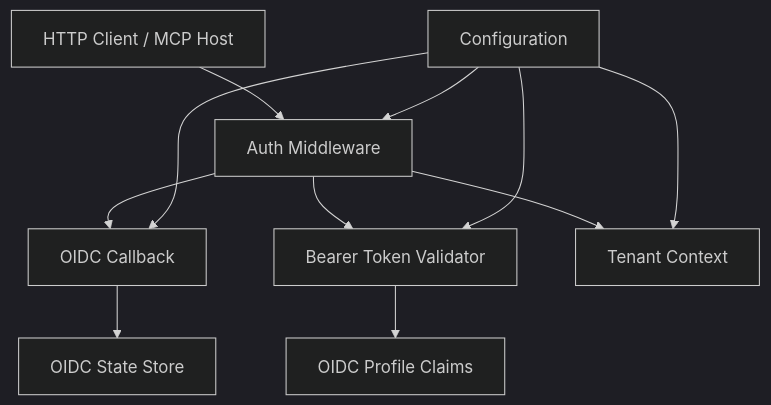
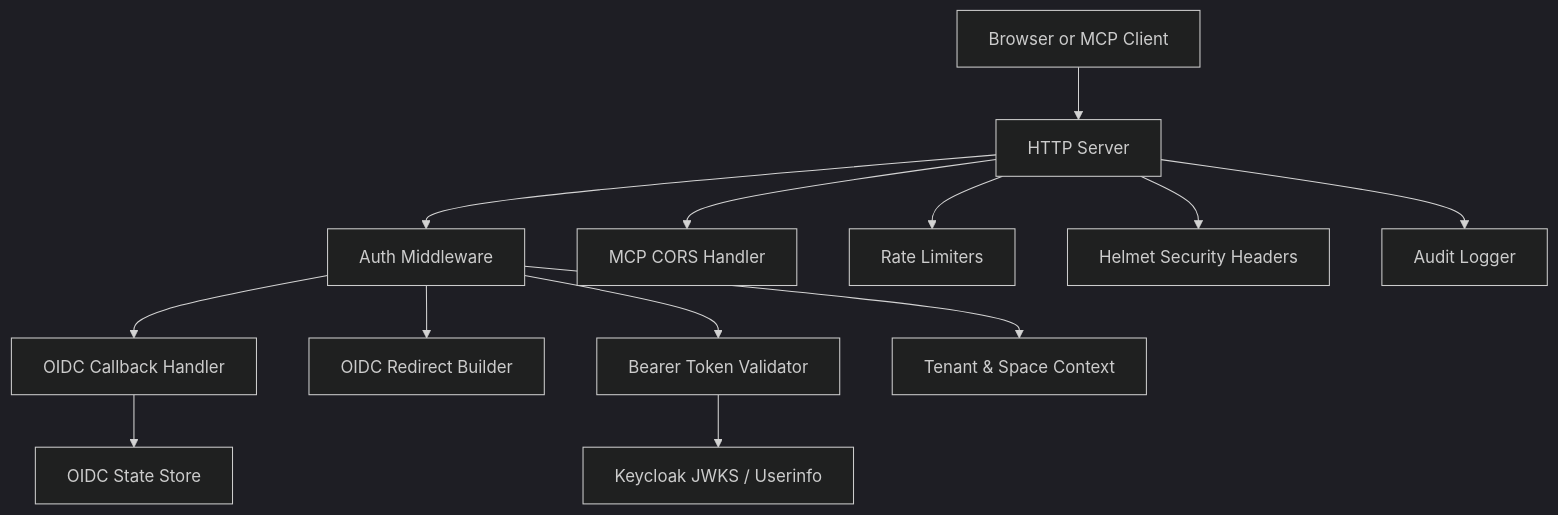
One commit to SquadRules/mcp changed the first of 9 diagrams in .qoder/repowiki/en/content/Authentication & Security.md. Above: the diagram before and after it, drawn with Mermaid (dark theme). The commit also changed other lines of this file and 602 other files, not shown here.

````diff
--- a/.qoder/repowiki/en/content/Authentication & Security.md
+++ b/.qoder/repowiki/en/content/Authentication & Security.md
@@ -38,13 +42,15 @@
 ```mermaid
 graph TB
-Client["HTTP Client / MCP Host"] --> Middleware["Auth Middleware"]
-Middleware --> Callback["OIDC Callback"]
-Middleware --> Validate["Bearer Token Validator"]
+Browser["Browser or MCP Client"] --> API["HTTP Server"]
+API --> AuthMiddleware["Auth Middleware"]
+AuthMiddleware --> Callback["OIDC Callback Handler"]
+AuthMiddleware --> Redirect["OIDC Redirect Builder"]
+AuthMiddleware --> BearerValidate["Bearer Token Validator"]
+BearerValidate --> Keycloak["Keycloak JWKS / Userinfo"]
 Callback --> StateStore["OIDC State Store"]
-Validate --> Claims["OIDC Profile Claims"]
-Middleware --> TenantCtx["Tenant Context"]
-Config["Configuration"] --> Middleware
-Config --> Validate
-Config --> Callback
-Config --> TenantCtx
+AuthMiddleware --> TenantCtx["Tenant & Space Context"]
+API --> Cors["MCP CORS Handler"]
+API --> RateLimit["Rate Limiters"]
+API --> Helmet["Helmet Security Headers"]
+API --> Audit["Audit Logger"]
 ```
````
